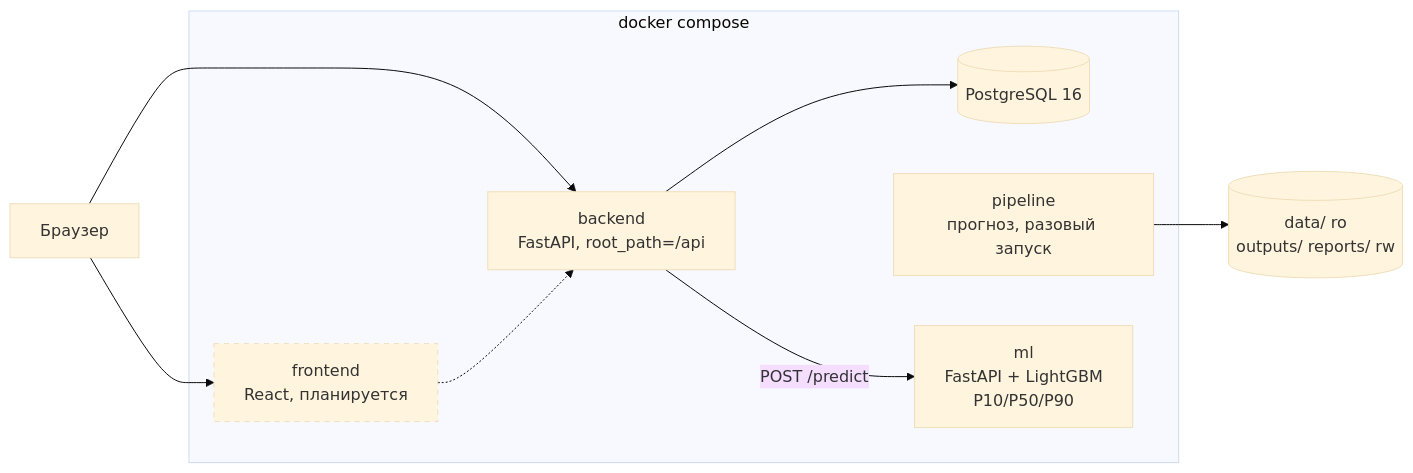
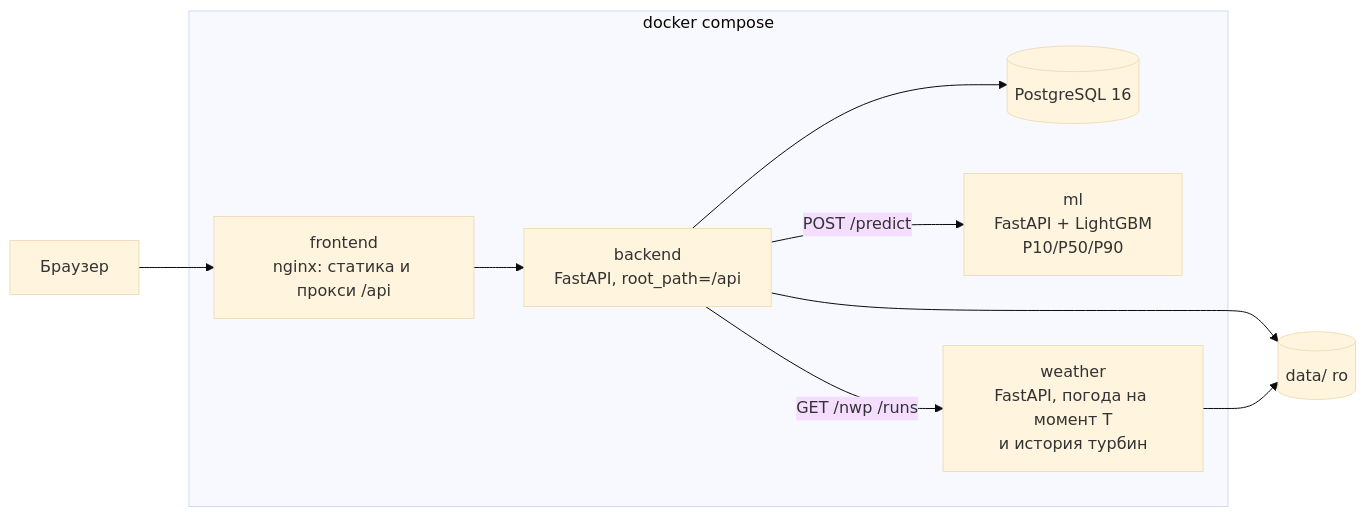
The first of 2 diagrams in docs/ARCHITECTURE.md (BAITC-Hacks/hack-5e5a1903-mg-ai), drawn with Mermaid (base theme) before and after one commit. The commit also changed other lines of this file and 164 other files, not shown here.

````diff
--- a/docs/ARCHITECTURE.md
+++ b/docs/ARCHITECTURE.md
@@ -5,27 +5,26 @@
 ```mermaid
 flowchart LR
     Client["Браузер"]
-    FE["frontend<br/>React, планируется"]
+    FE["frontend<br/>nginx: статика и прокси /api"]
     BE["backend<br/>FastAPI, root_path=/api"]
     DB[("PostgreSQL 16")]
-    PL["pipeline<br/>прогноз, разовый запуск"]
     ML["ml<br/>FastAPI + LightGBM<br/>P10/P50/P90"]
-    VOL[("data/ ro<br/>outputs/ reports/ rw")]
+    WX["weather<br/>FastAPI, погода на момент T<br/>и история турбин"]
+    DATA[("data/ ro")]
 
     Client --> FE
-    Client --> BE
-    FE -.-> BE
+    FE --> BE
     BE --> DB
-    PL --> VOL
     BE -- "POST /predict" --> ML
+    BE -- "GET /nwp /runs" --> WX
+    BE --> DATA
+    WX --> DATA
 
     subgraph compose["docker compose"]
         FE
         BE
         DB
-        PL
         ML
+        WX
     end
-
-    style FE stroke-dasharray: 5 5
 ```
````
